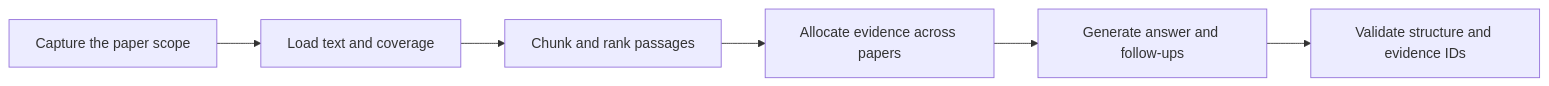
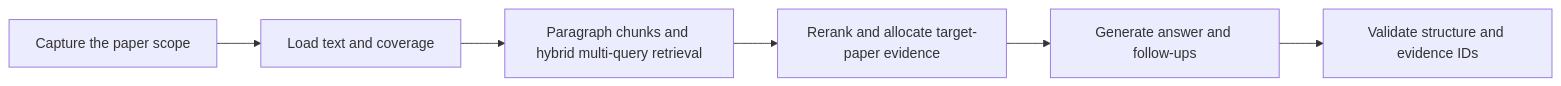
The diagram in README.en.md (AOBI8001/LitGraph), drawn with Mermaid before and after one commit. The commit also changed other lines of this file and 85 other files, not shown here.

````diff
--- a/README.en.md
+++ b/README.en.md
@@ -257,10 +294,10 @@
 ```mermaid
 flowchart LR
     accTitle: LitGraph research evidence workflow
     accDescr: A request captures its paper scope, retrieves and ranks source passages, allocates evidence context, then generates and validates an answer with follow-up questions.
     paper_scope[Capture the paper scope] --> source_text[Load text and coverage]
-    source_text --> rank_chunks[Chunk and rank passages]
-    rank_chunks --> evidence_budget[Allocate evidence across papers]
+    source_text --> rank_chunks[Paragraph chunks and hybrid multi-query retrieval]
+    rank_chunks --> evidence_budget[Rerank and allocate target-paper evidence]
     evidence_budget --> generate_answer[Generate answer and follow-ups]
     generate_answer --> validate_result[Validate structure and evidence IDs]
 ```
````
